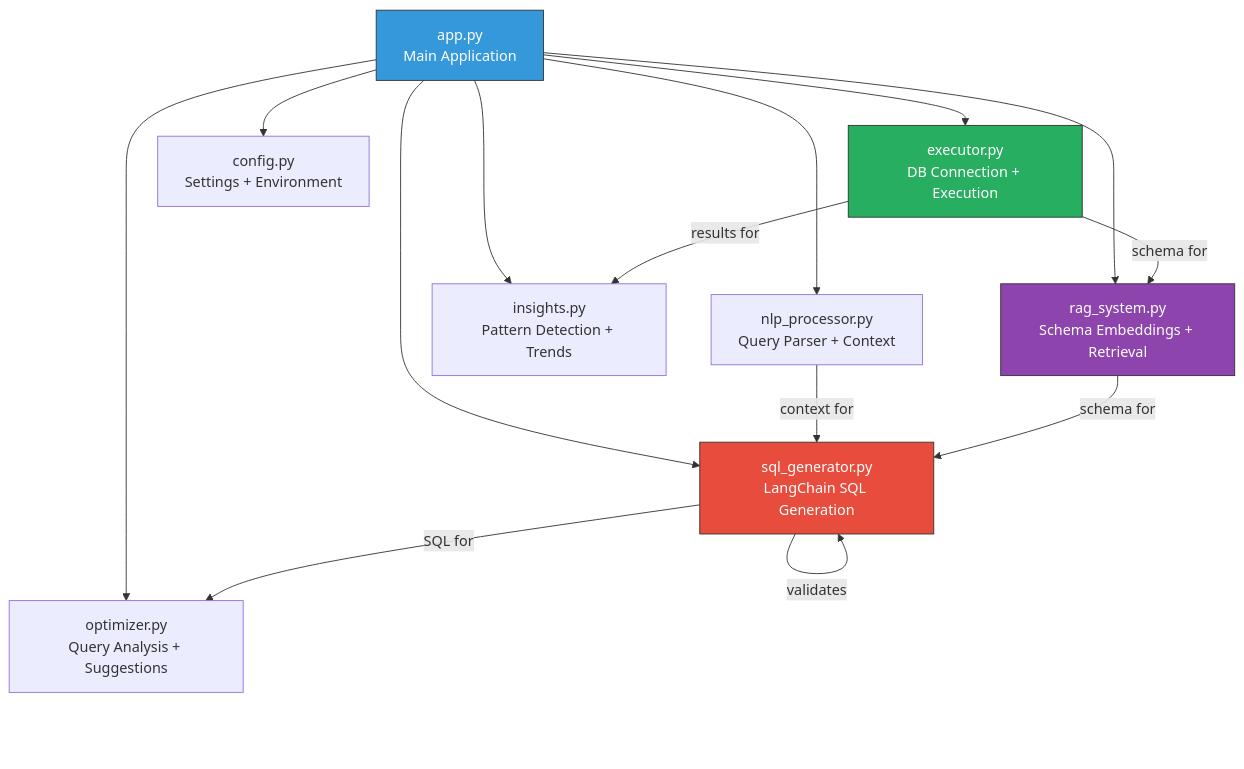
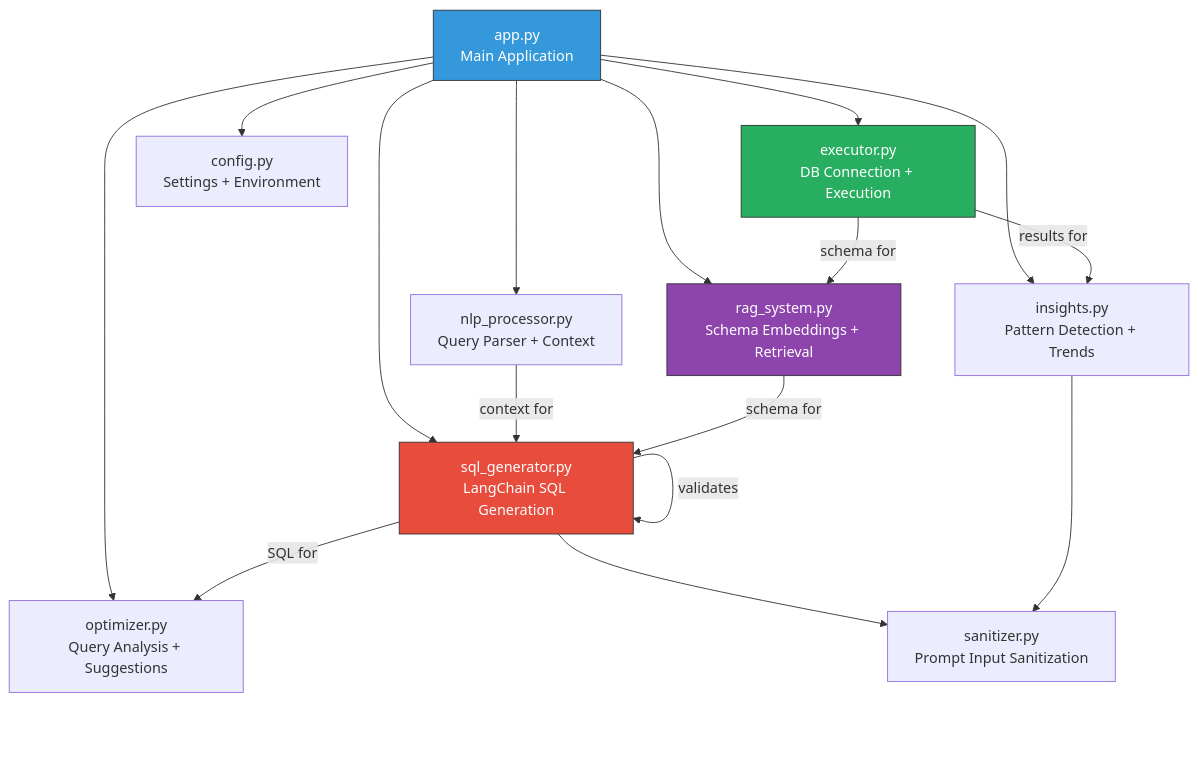
Before and after one commit to PraAIHub/SqlQueryBuddy: the fifth of 6 diagrams in docs/ARCHITECTURE.md, drawn with Mermaid. The commit also changed 11 other files, not shown here.

````diff
--- a/docs/ARCHITECTURE.md
+++ b/docs/ARCHITECTURE.md
@@ -180,22 +180,24 @@
 ```mermaid
 graph TD
     APP[app.py<br/>Main Application] --> NLP[nlp_processor.py<br/>Query Parser + Context]
     APP --> RAG[rag_system.py<br/>Schema Embeddings + Retrieval]
     APP --> GEN[sql_generator.py<br/>LangChain SQL Generation]
     APP --> EXE[executor.py<br/>DB Connection + Execution]
     APP --> INS[insights.py<br/>Pattern Detection + Trends]
     APP --> OPT[optimizer.py<br/>Query Analysis + Suggestions]
     APP --> CFG[config.py<br/>Settings + Environment]
+    GEN --> SAN[sanitizer.py<br/>Prompt Input Sanitization]
+    INS --> SAN
 
     GEN --> |validates| GEN
     EXE --> |schema for| RAG
     NLP --> |context for| GEN
     RAG --> |schema for| GEN
     EXE --> |results for| INS
     GEN --> |SQL for| OPT
 
     style APP fill:#3498DB,stroke:#333,color:#fff
     style GEN fill:#E74C3C,stroke:#333,color:#fff
     style RAG fill:#8E44AD,stroke:#333,color:#fff
     style EXE fill:#27AE60,stroke:#333,color:#fff
 ```
````
